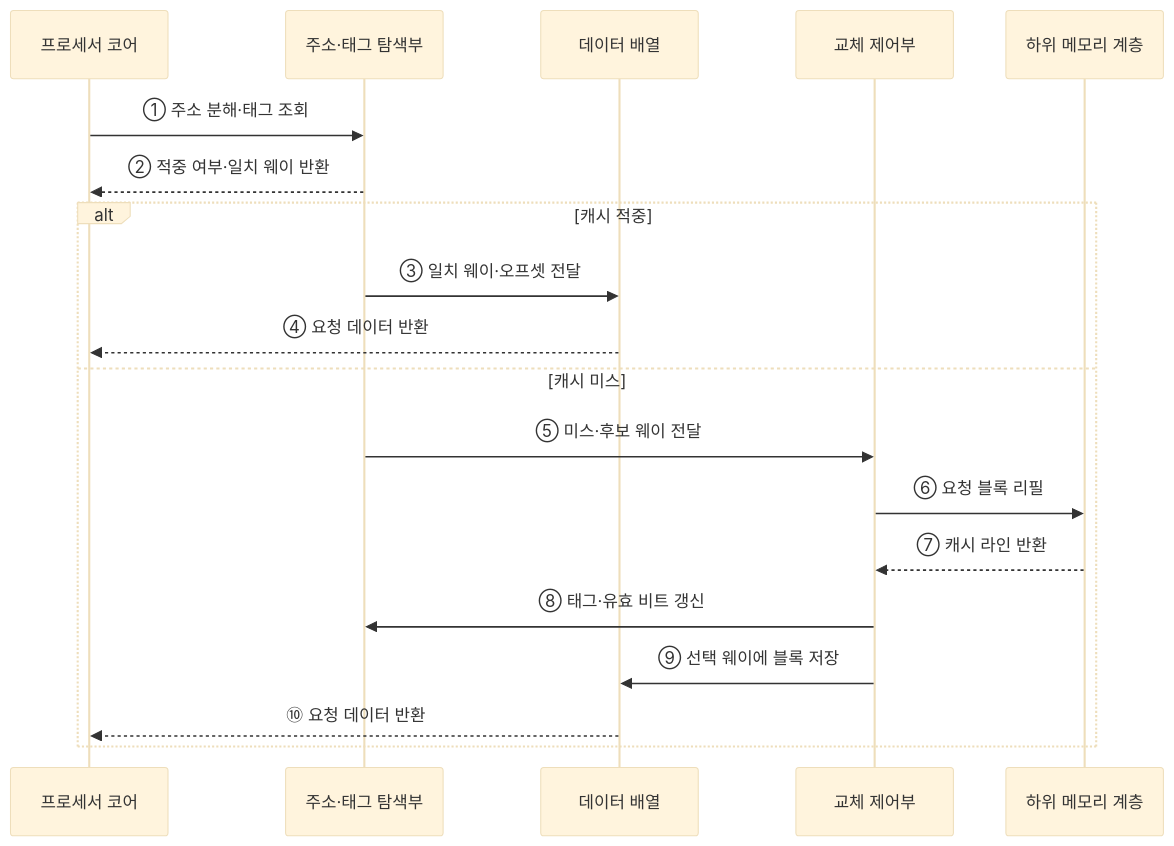
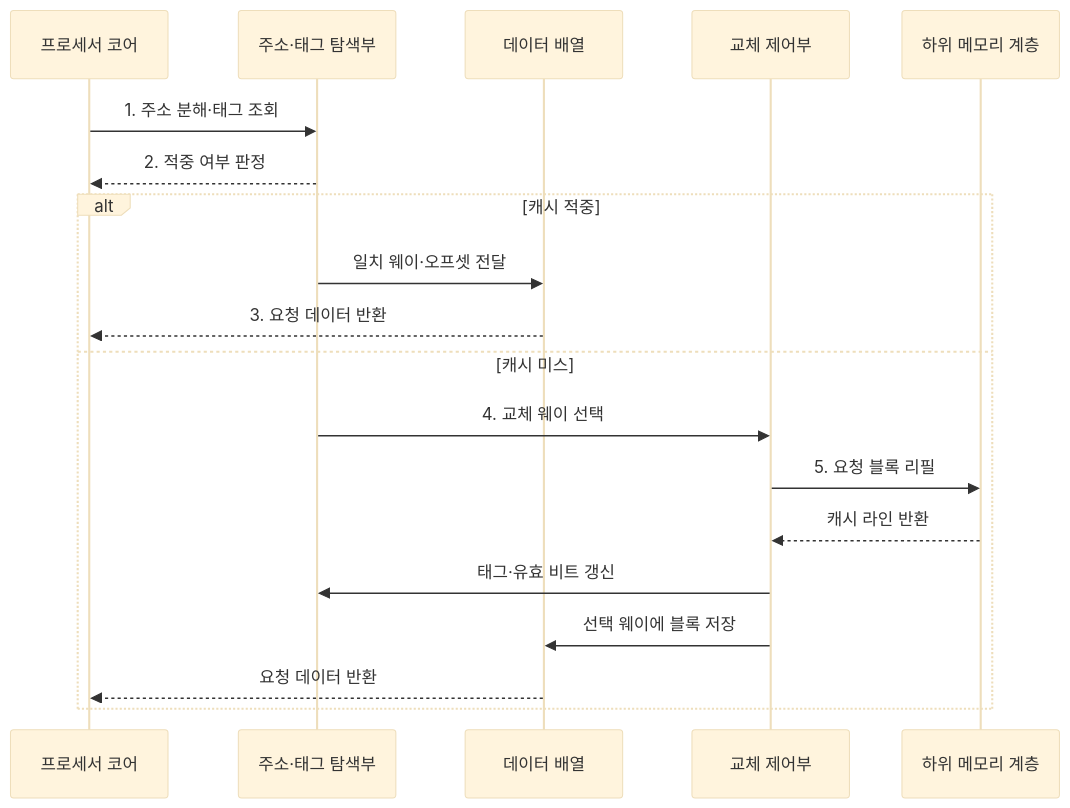
The second of 2 diagrams in src/content/docs/notes/02-hardware/012_cache_memory_mapping.md (agnusdei1207/knowledge-base), drawn with Mermaid (base theme) before and after one commit. The commit also changed other lines of this file and 20 other files, not shown here.

````diff
--- a/src/content/docs/notes/02-hardware/012_cache_memory_mapping.md
+++ b/src/content/docs/notes/02-hardware/012_cache_memory_mapping.md
@@ -89,22 +94,22 @@
 ```mermaid
 sequenceDiagram
     participant C as 프로세서 코어
     participant L as 주소·태그 탐색부
     participant D as 데이터 배열
     participant R as 교체 제어부
     participant M as 하위 메모리 계층
 
-    C->>L: ① 주소 분해·태그 조회
-    L-->>C: ② 적중 여부·일치 웨이 반환
+    C->>L: 1. 주소 분해·태그 조회
+    L-->>C: 2. 적중 여부 판정
     alt 캐시 적중
-        L->>D: ③ 일치 웨이·오프셋 전달
-        D-->>C: ④ 요청 데이터 반환
+        L->>D: 일치 웨이·오프셋 전달
+        D-->>C: 3. 요청 데이터 반환
     else 캐시 미스
-        L->>R: ⑤ 미스·후보 웨이 전달
-        R->>M: ⑥ 요청 블록 리필
-        M-->>R: ⑦ 캐시 라인 반환
-        R->>L: ⑧ 태그·유효 비트 갱신
-        R->>D: ⑨ 선택 웨이에 블록 저장
-        D-->>C: ⑩ 요청 데이터 반환
+        L->>R: 4. 교체 웨이 선택
+        R->>M: 5. 요청 블록 리필
+        M-->>R: 캐시 라인 반환
+        R->>L: 태그·유효 비트 갱신
+        R->>D: 선택 웨이에 블록 저장
+        D-->>C: 요청 데이터 반환
     end
 ```
````
